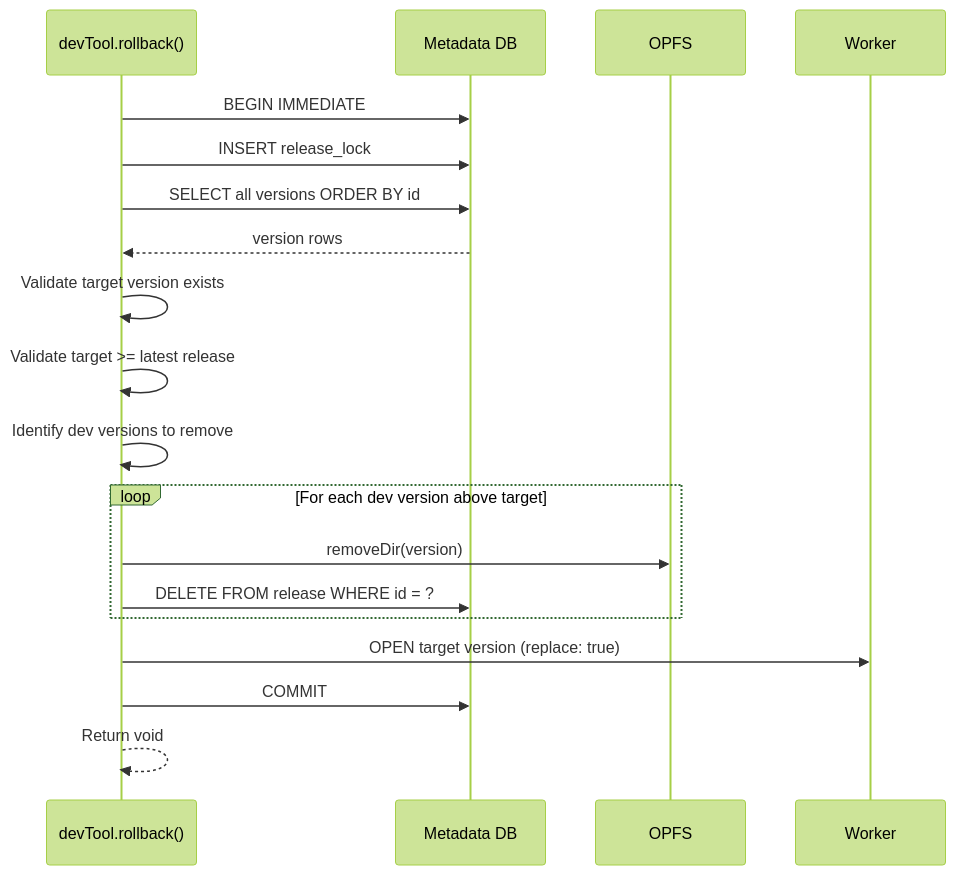
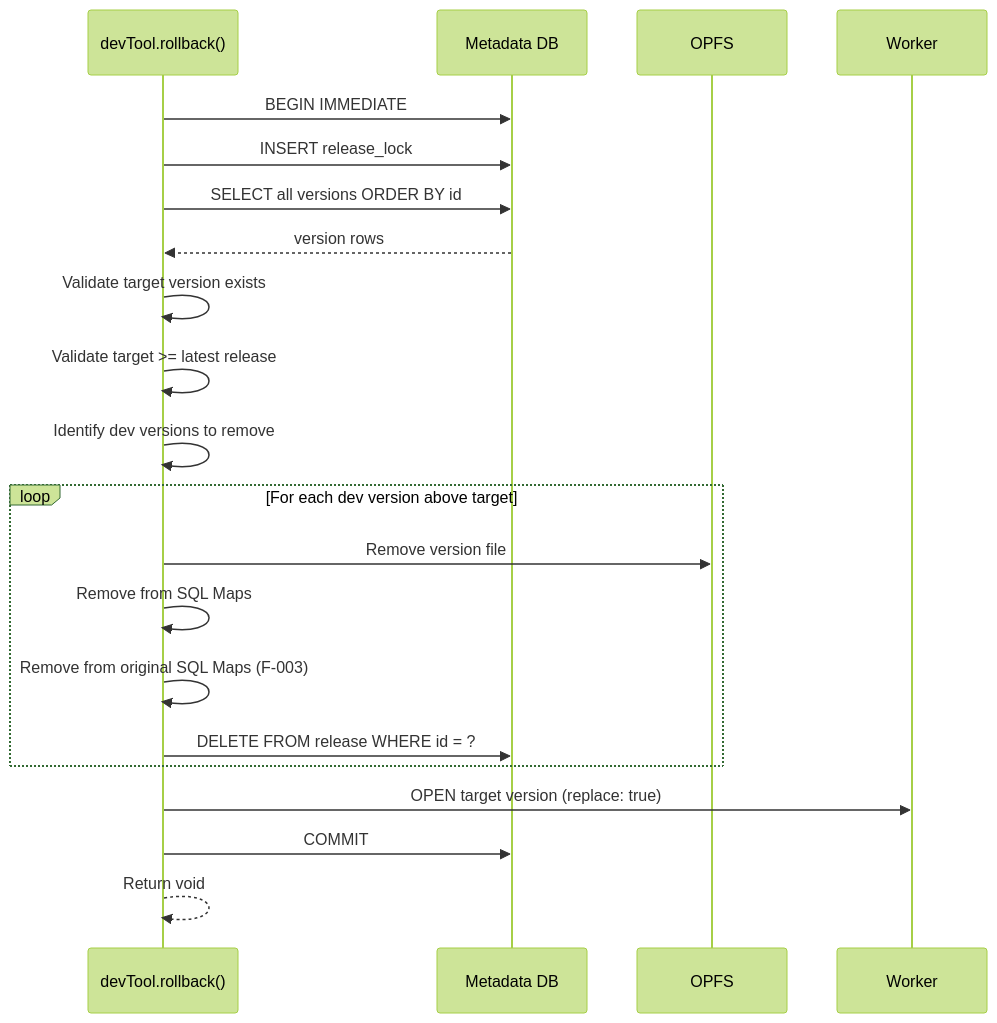
Before and after one commit to wuchuheng/web-sqlite-js: the eighth of 8 diagrams in agent-docs/05-design/03-modules/release-management.md, drawn with Mermaid (forest theme). The commit also changed other lines of this file and 52 other files, not shown here.

````diff
--- a/agent-docs/05-design/03-modules/release-management.md
+++ b/agent-docs/05-design/03-modules/release-management.md
@@ -660,28 +995,30 @@
 ```mermaid
 sequenceDiagram
     participant App as devTool.rollback()
     participant Meta as Metadata DB
     participant OPFS as OPFS
     participant Worker as Worker
 
     App->>Meta: BEGIN IMMEDIATE
     App->>Meta: INSERT release_lock
 
     App->>Meta: SELECT all versions ORDER BY id
     Meta-->>App: version rows
 
     App->>App: Validate target version exists
     App->>App: Validate target >= latest release
 
     App->>App: Identify dev versions to remove
 
     loop For each dev version above target
-        App->>OPFS: removeDir(version)
+        App->>OPFS: Remove version file
+        App->>App: Remove from SQL Maps
+        App->>App: Remove from original SQL Maps (F-003)
         App->>Meta: DELETE FROM release WHERE id = ?
     end
 
     App->>Worker: OPEN target version (replace: true)
     App->>Meta: COMMIT
 
     App-->>App: Return void
 ```
````
